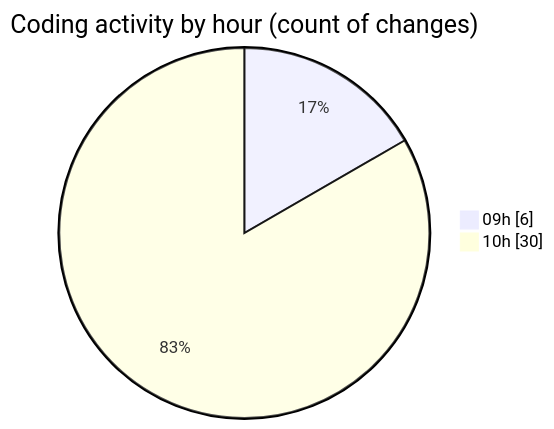
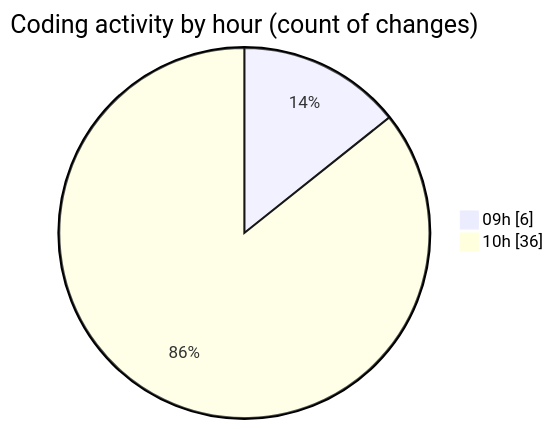
The second of 2 diagrams in 2026-08-26/cda/README.md (momahboobian/code-tracking), drawn with Mermaid before and after one commit. The commit also changed other lines of this file and 1 other file, not shown here.

````diff
--- a/2026-08-26/cda/README.md
+++ b/2026-08-26/cda/README.md
@@ -38,6 +38,6 @@
 ```mermaid
 pie showData
 title Coding activity by hour (count of changes)
 "09h" : 6
-"10h" : 30
+"10h" : 36
 ```
````
